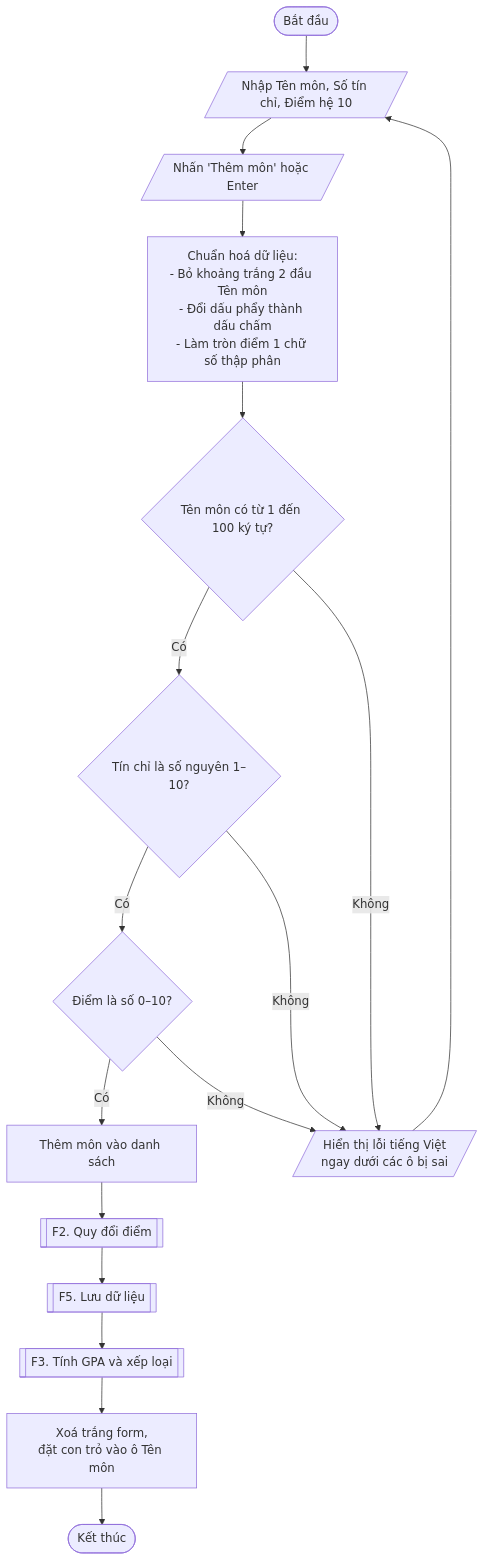
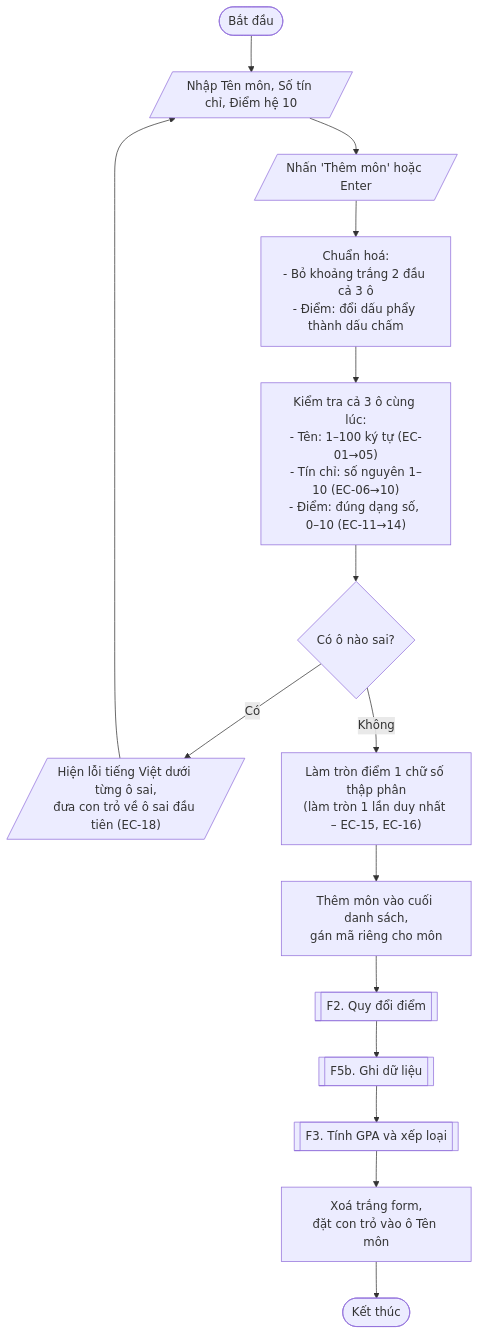
The first of 8 diagrams in docs/flowcharts.md (tqk3101/gpa-tracker), drawn with Mermaid before and after one commit. The commit also changed other lines of this file and 1 other file, not shown here.

Commit message:
Update flowcharts and status after design phase

````diff
--- a/docs/flowcharts.md
+++ b/docs/flowcharts.md
@@ -18,27 +20,21 @@
 ```mermaid
 flowchart TD
     S@{ shape: stadium, label: "Bắt đầu" }
     IN@{ shape: lean-r, label: "Nhập Tên môn, Số tín chỉ, Điểm hệ 10" }
     BTN@{ shape: lean-r, label: "Nhấn 'Thêm môn' hoặc Enter" }
-    NORM@{ shape: rect, label: "Chuẩn hoá dữ liệu:<br/>- Bỏ khoảng trắng 2 đầu Tên môn<br/>- Đổi dấu phẩy thành dấu chấm<br/>- Làm tròn điểm 1 chữ số thập phân" }
-    V1@{ shape: diamond, label: "Tên môn có từ 1 đến 100 ký tự?" }
-    V2@{ shape: diamond, label: "Tín chỉ là số nguyên 1–10?" }
-    V3@{ shape: diamond, label: "Điểm là số 0–10?" }
-    ERR@{ shape: lean-r, label: "Hiển thị lỗi tiếng Việt<br/>ngay dưới các ô bị sai" }
-    ADD@{ shape: rect, label: "Thêm môn vào danh sách" }
+    NORM@{ shape: rect, label: "Chuẩn hoá:<br/>- Bỏ khoảng trắng 2 đầu cả 3 ô<br/>- Điểm: đổi dấu phẩy thành dấu chấm" }
+    CHECK@{ shape: rect, label: "Kiểm tra cả 3 ô cùng lúc:<br/>- Tên: 1–100 ký tự (EC-01→05)<br/>- Tín chỉ: số nguyên 1–10 (EC-06→10)<br/>- Điểm: đúng dạng số, 0–10 (EC-11→14)" }
+    ANY@{ shape: diamond, label: "Có ô nào sai?" }
+    ERR@{ shape: lean-r, label: "Hiện lỗi tiếng Việt dưới từng ô sai,<br/>đưa con trỏ về ô sai đầu tiên (EC-18)" }
+    ROUND@{ shape: rect, label: "Làm tròn điểm 1 chữ số thập phân<br/>(làm tròn 1 lần duy nhất – EC-15, EC-16)" }
+    ADD@{ shape: rect, label: "Thêm môn vào cuối danh sách,<br/>gán mã riêng cho môn" }
     F2@{ shape: fr-rect, label: "F2. Quy đổi điểm" }
-    F5@{ shape: fr-rect, label: "F5. Lưu dữ liệu" }
+    F5@{ shape: fr-rect, label: "F5b. Ghi dữ liệu" }
     F3@{ shape: fr-rect, label: "F3. Tính GPA và xếp loại" }
     RESET@{ shape: rect, label: "Xoá trắng form,<br/>đặt con trỏ vào ô Tên môn" }
     E@{ shape: stadium, label: "Kết thúc" }
 
-    S --> IN --> BTN --> NORM --> V1
-    V1 -->|Có| V2
-    V2 -->|Có| V3
-    V3 -->|Có| ADD
-    V1 -->|Không| ERR
-    V2 -->|Không| ERR
-    V3 -->|Không| ERR
-    ERR --> IN
-    ADD --> F2 --> F5 --> F3 --> RESET --> E
+    S --> IN --> BTN --> NORM --> CHECK --> ANY
+    ANY -->|Có| ERR --> IN
+    ANY -->|Không| ROUND --> ADD --> F2 --> F5 --> F3 --> RESET --> E
 ```
````
